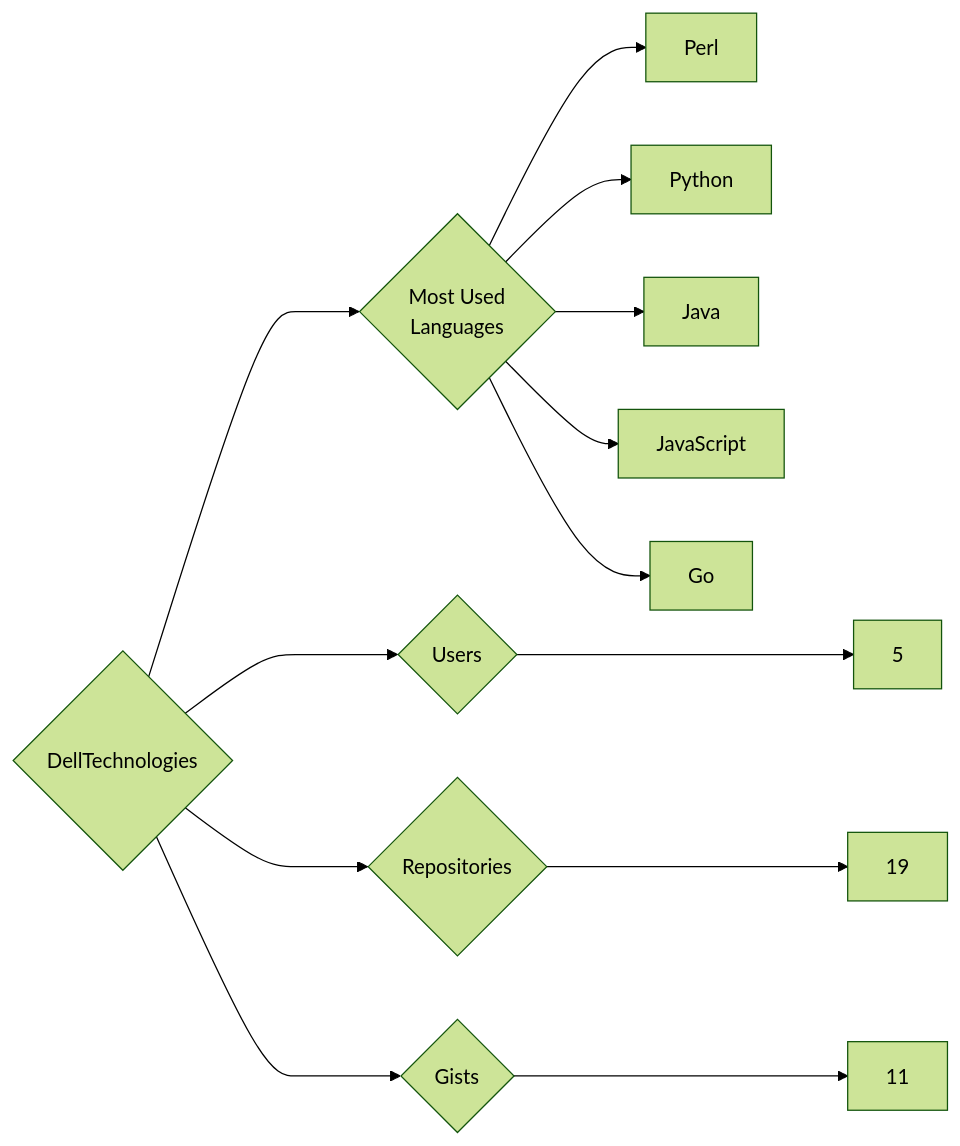
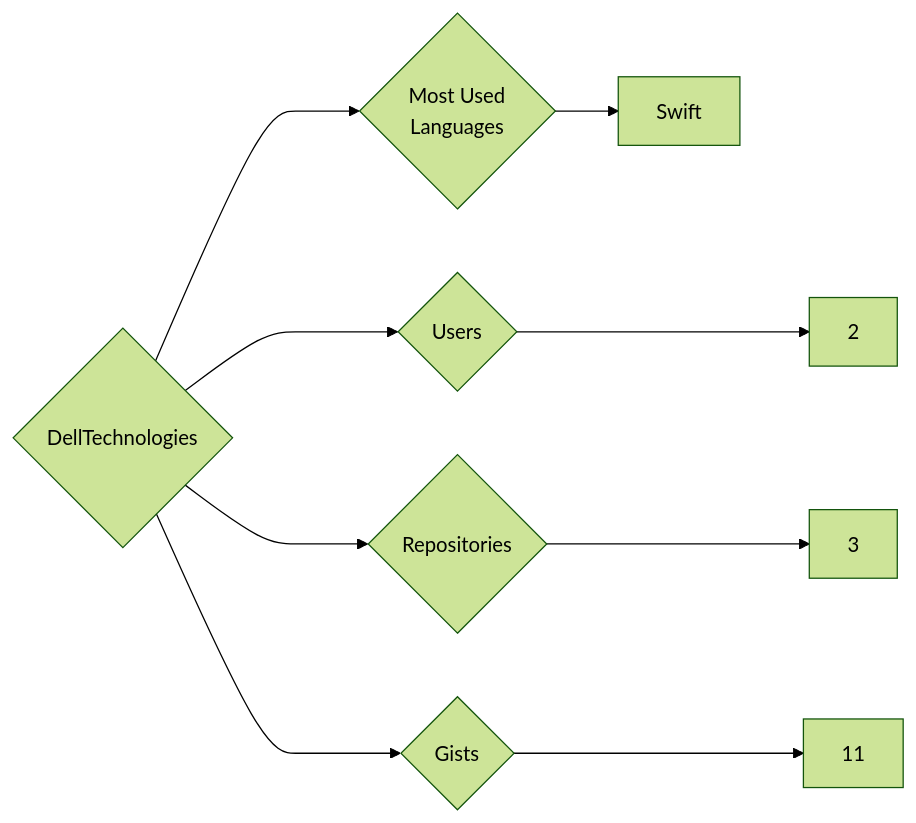
Before and after one commit to trickest/insiders: the diagram in targets/DellTechnologies/README.md, drawn with Mermaid (forest theme). The commit also changed 1141 other files, not shown here.

````diff
--- a/targets/DellTechnologies/README.md
+++ b/targets/DellTechnologies/README.md
@@ -3,13 +3,9 @@
 ```mermaid
 graph LR
 COMPANY_NAME{DellTechnologies}
-COMPANY_NAME ---> U{Users} ---> UN[5]
-COMPANY_NAME ---> R{Repositories} ---> RN[19]
+COMPANY_NAME ---> U{Users} ---> UN[2]
+COMPANY_NAME ---> R{Repositories} ---> RN[3]
 COMPANY_NAME ---> G{Gists} ---> GN[11]
 COMPANY_NAME ---> ML{Most Used<br>Languages}
-ML --> Perl[Perl]
-ML --> Python[Python]
-ML --> Java[Java]
-ML --> JavaScript[JavaScript]
-ML --> Go[Go]
+ML --> Swift[Swift]
 ```
````
